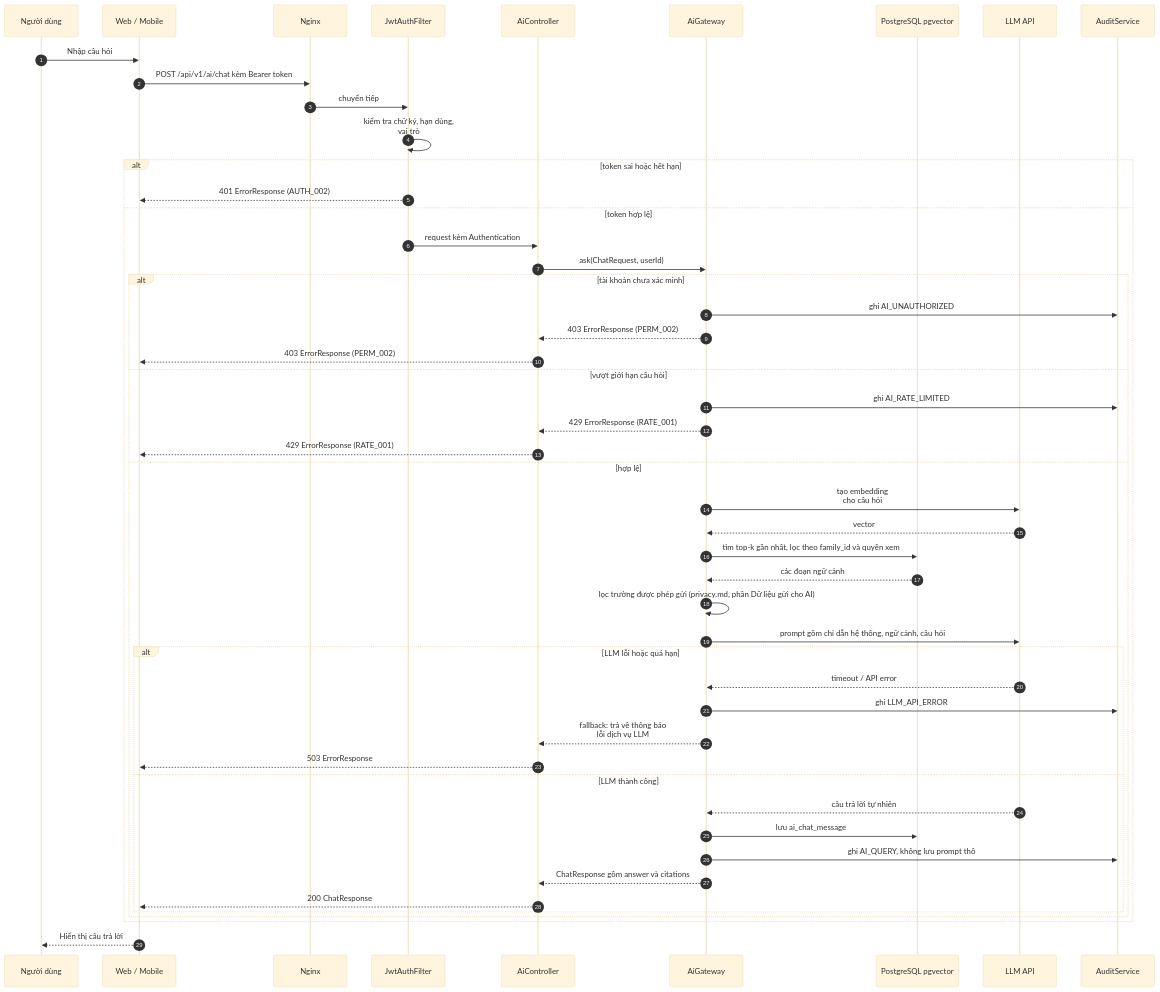
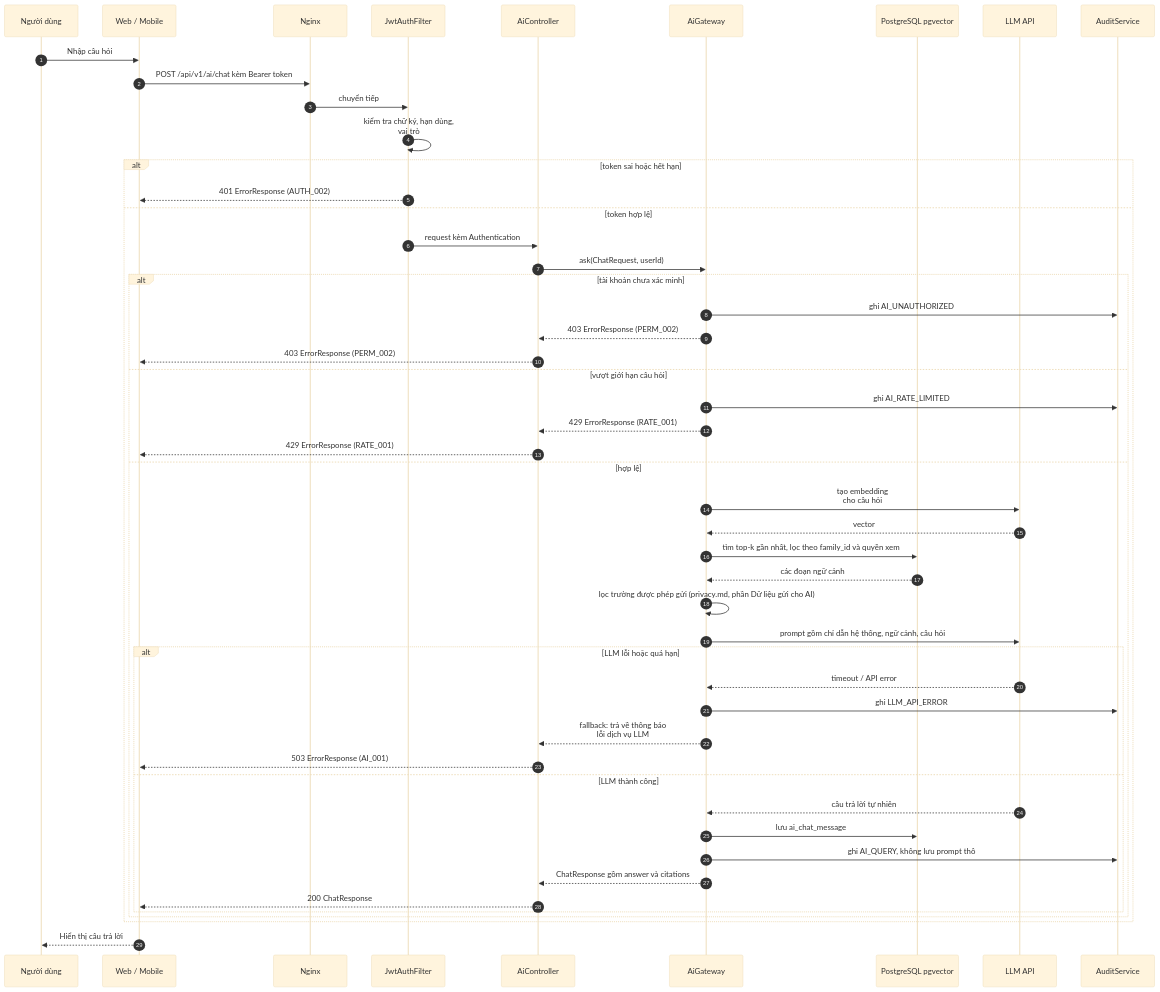
Before and after one commit to ngthanhtuann/java: the fourth of 4 diagrams in docs/02-design/architecture.md, drawn with Mermaid (base theme).

Commit message:
Update 503 ErrorResponse with AI_001 code
Add error code 'AI_001' to 503 ErrorResponse in architecture documentation.

````diff
--- a/docs/02-design/architecture.md
+++ b/docs/02-design/architecture.md
@@ -168,56 +168,56 @@
 ```mermaid
 sequenceDiagram
     autonumber
     participant U as Người dùng
     participant FE as Web / Mobile
     participant NG as Nginx
     participant JW as JwtAuthFilter
     participant AC as AiController
     participant GW as AiGateway
     participant DB as PostgreSQL pgvector
     participant LL as LLM API
     participant AU as AuditService
 
     U->>FE: Nhập câu hỏi
     FE->>NG: POST /api/v1/ai/chat kèm Bearer token
     NG->>JW: chuyển tiếp
     JW->>JW: kiểm tra chữ ký, hạn dùng,<br/>vai trò
     
     alt token sai hoặc hết hạn
         JW-->>FE: 401 ErrorResponse (AUTH_002)
     else token hợp lệ
         JW->>AC: request kèm Authentication
         AC->>GW: ask(ChatRequest, userId)
         
         alt tài khoản chưa xác minh
             GW->>AU: ghi AI_UNAUTHORIZED
             GW-->>AC: 403 ErrorResponse (PERM_002)
             AC-->>FE: 403 ErrorResponse (PERM_002)
         else vượt giới hạn câu hỏi
             GW->>AU: ghi AI_RATE_LIMITED
             GW-->>AC: 429 ErrorResponse (RATE_001)
             AC-->>FE: 429 ErrorResponse (RATE_001)
         else hợp lệ
             GW->>LL: tạo embedding<br/>cho câu hỏi
             LL-->>GW: vector
             GW->>DB: tìm top-k gần nhất, lọc theo family_id và quyền xem
             DB-->>GW: các đoạn ngữ cảnh
             GW->>GW: lọc trường được phép gửi (privacy.md, phần Dữ liệu gửi cho AI)
             GW->>LL: prompt gồm chỉ dẫn hệ thống, ngữ cảnh, câu hỏi
             
             alt LLM lỗi hoặc quá hạn
                 LL-->>GW: timeout / API error
                 GW->>AU: ghi LLM_API_ERROR
                 GW-->>AC: fallback: trả về thông báo<br/>lỗi dịch vụ LLM
-                AC-->>FE: 503 ErrorResponse
+                AC-->>FE: 503 ErrorResponse (AI_001)
             else LLM thành công
                 LL-->>GW: câu trả lời tự nhiên
                 GW->>DB: lưu ai_chat_message
                 GW->>AU: ghi AI_QUERY, không lưu prompt thô
                 GW-->>AC: ChatResponse gồm answer và citations
                 AC-->>FE: 200 ChatResponse
             end
         end
     end
     FE-->>U: Hiển thị câu trả lời
 ```
````
